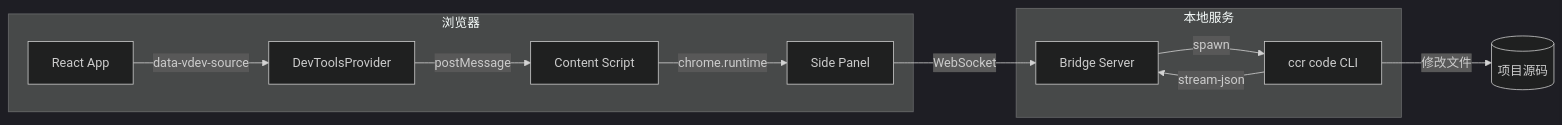
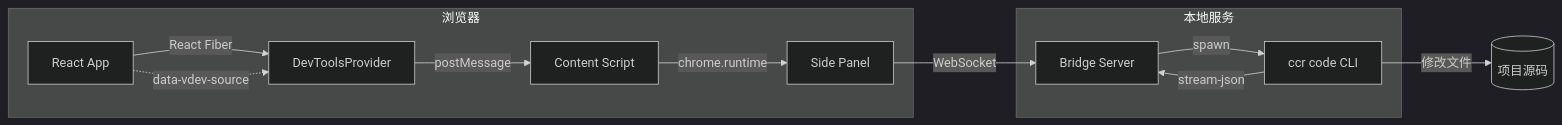
Before and after one commit to brucetoo/visual-agentic-dev: the second of 3 diagrams in docs/ARCHITECTURE.md, drawn with Mermaid (dark theme). The commit also changed other lines of this file and 49 other files, not shown here.

````diff
--- a/docs/ARCHITECTURE.md
+++ b/docs/ARCHITECTURE.md
@@ -165,16 +167,17 @@
 ```mermaid
 flowchart LR
     subgraph Browser["浏览器"]
-        A[React App] -->|data-vdev-source| B[DevToolsProvider]
+        A[React App] -->|React Fiber| B[DevToolsProvider]
+        A -.->|data-vdev-source| B
         B -->|postMessage| C[Content Script]
         C -->|chrome.runtime| D[Side Panel]
     end
     
     subgraph Server["本地服务"]
         D -->|WebSocket| E[Bridge Server]
         E -->|spawn| F[ccr code CLI]
         F -->|stream-json| E
     end
     
     F -->|修改文件| G[(项目源码)]
 ```
````
